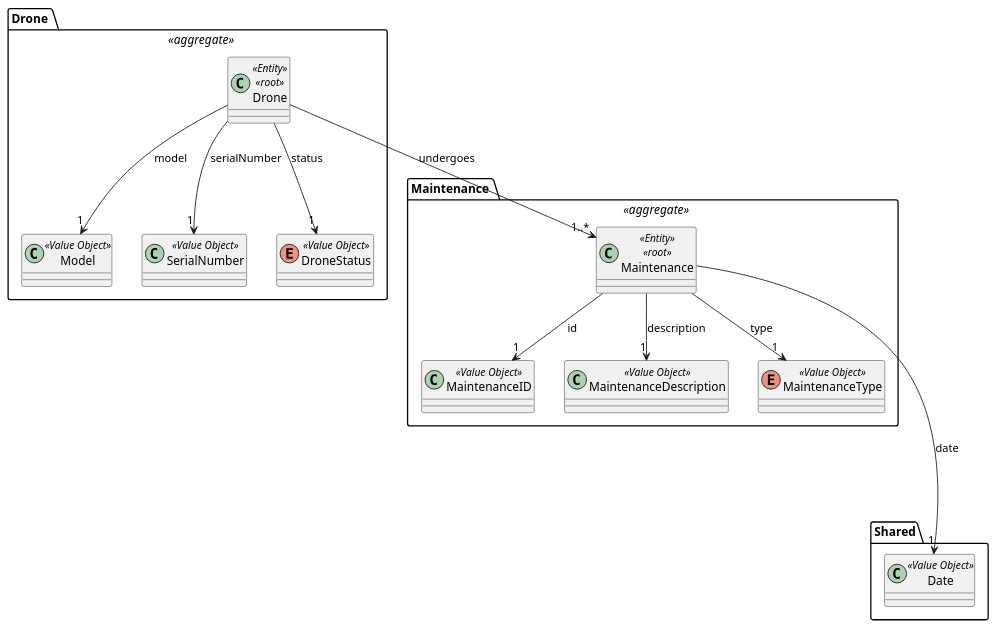
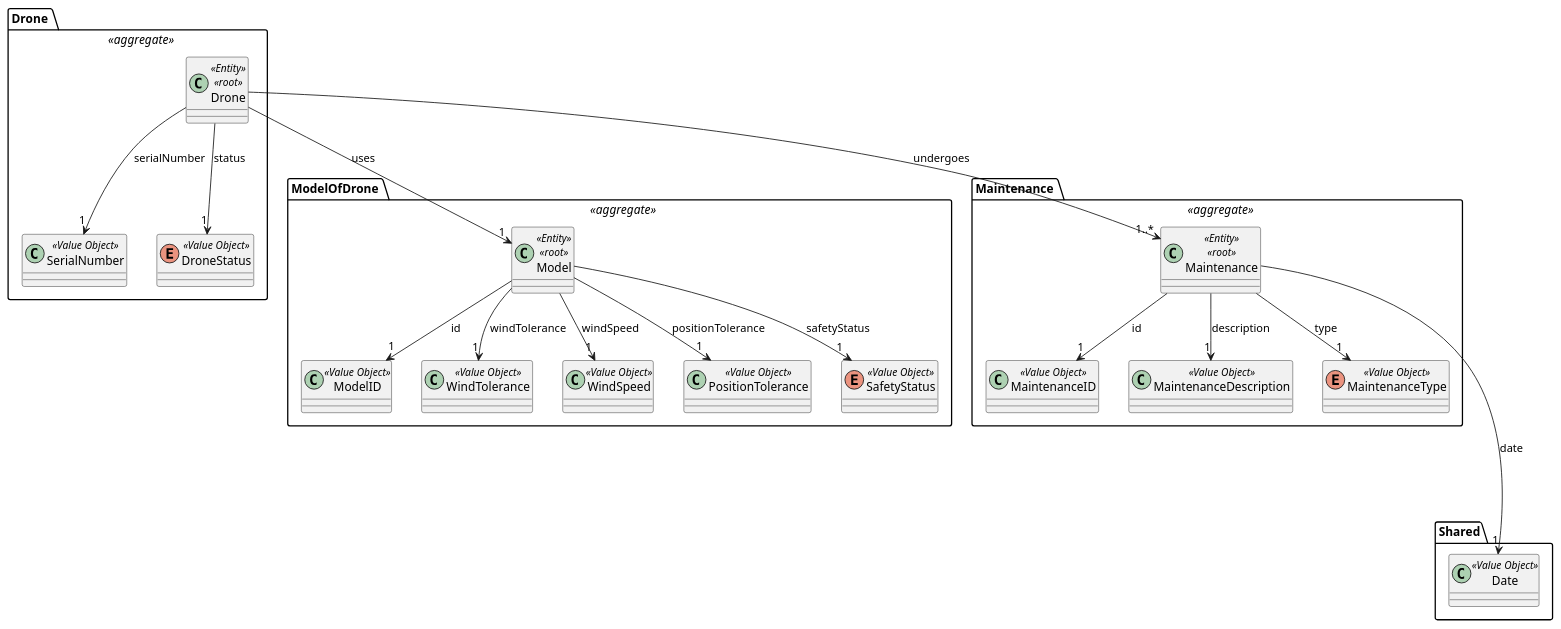
Before and after one commit to diogoveirospro/sem4pi-2024-2025-sem4pi_2024_2025_g44: the diagram in docs/global_artifacts/analysis/puml/domain_model_drone.puml, drawn with PlantUML. The commit also changed 14 other files, not shown here.

```diff
--- a/docs/global_artifacts/analysis/puml/domain_model_drone.puml
+++ b/docs/global_artifacts/analysis/puml/domain_model_drone.puml
@@ -1,54 +1,82 @@
 @startuml
 
 package "Drone " <<aggregate>> {
 
     class Drone <<Entity>> <<root>>{
-    }
-
-    class Model <<Value Object>>{
     }
 
     class SerialNumber <<Value Object>>{
     }
 
     enum DroneStatus <<Value Object>>{
     }
 
     'Drone -> x
     Drone --> "1" DroneStatus: status
-    Drone --> "1" Model: model
     Drone --> "1" SerialNumber: serialNumber
+}
+
+package "ModelOfDrone " <<aggregate>> {
+
+    class Model <<Entity>> <<root>>{
+    }
+
+    class ModelID <<Value Object>>{
+    }
+
+    class WindTolerance <<Value Object>>{
+    }
+
+    class WindSpeed <<Value Object>>{
+    }
+
+    class PositionTolerance <<Value Object>>{
+    }
+
+    enum SafetyStatus <<Value Object>>{
+    }
+
+    'Model -> x
+    Model --> "1" ModelID: id
+    Model --> "1" WindTolerance: windTolerance
+    Model --> "1" WindSpeed: windSpeed
+    Model --> "1" PositionTolerance: positionTolerance
+    Model --> "1" SafetyStatus: safetyStatus
+
+    'Drone -> x
+    Drone --> "1" Model: uses
+
 }
 
 package "Maintenance " <<aggregate>> {
 
     class Maintenance <<Entity>> <<root>>{
     }
 
     class MaintenanceID <<Value Object>>{
     }
 
     class MaintenanceDescription <<Value Object>>{
     }
 
     enum MaintenanceType <<Value Object>>{
     }
 
     'Maintenance -> x
     Maintenance --> "1" MaintenanceDescription: description
     Maintenance --> "1" MaintenanceType: type
     Maintenance --> "1" MaintenanceID: id
 
     Drone --> "1..*" Maintenance: undergoes
 }
 
 package Shared {
 
     class Date <<Value Object>>{
     }
 
     'Maintenance -> x
     Maintenance ----> "1" Date: date
 }
 
 @enduml
```
